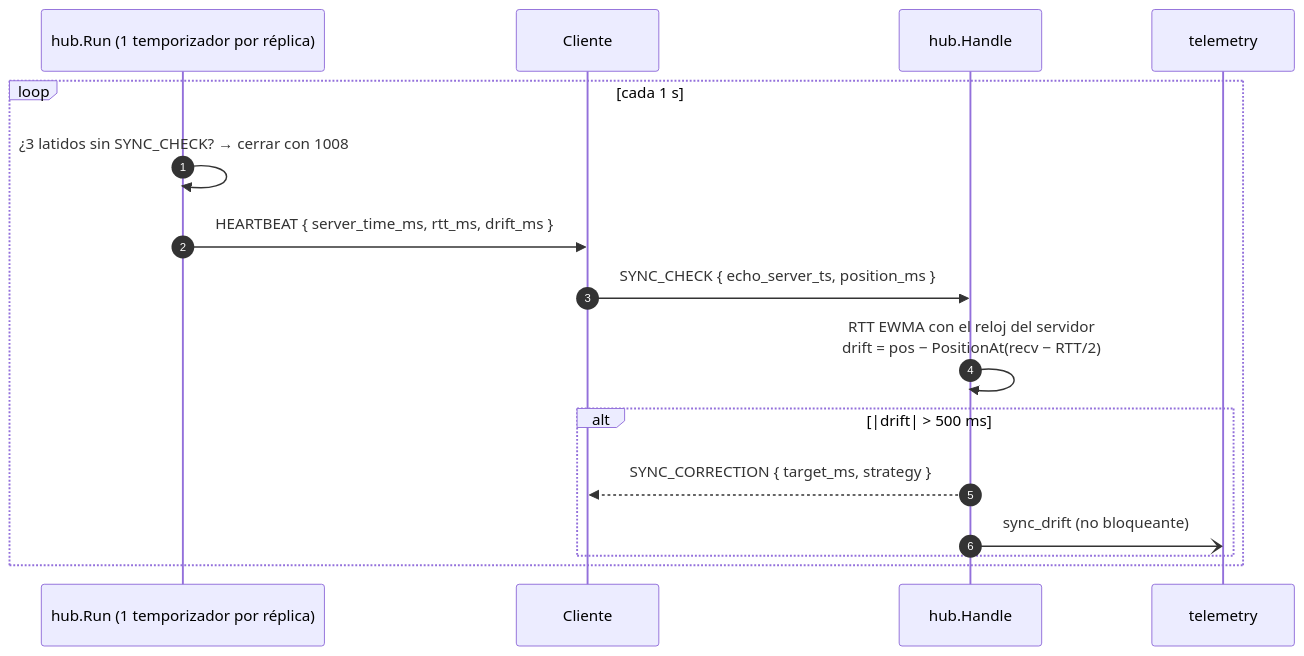
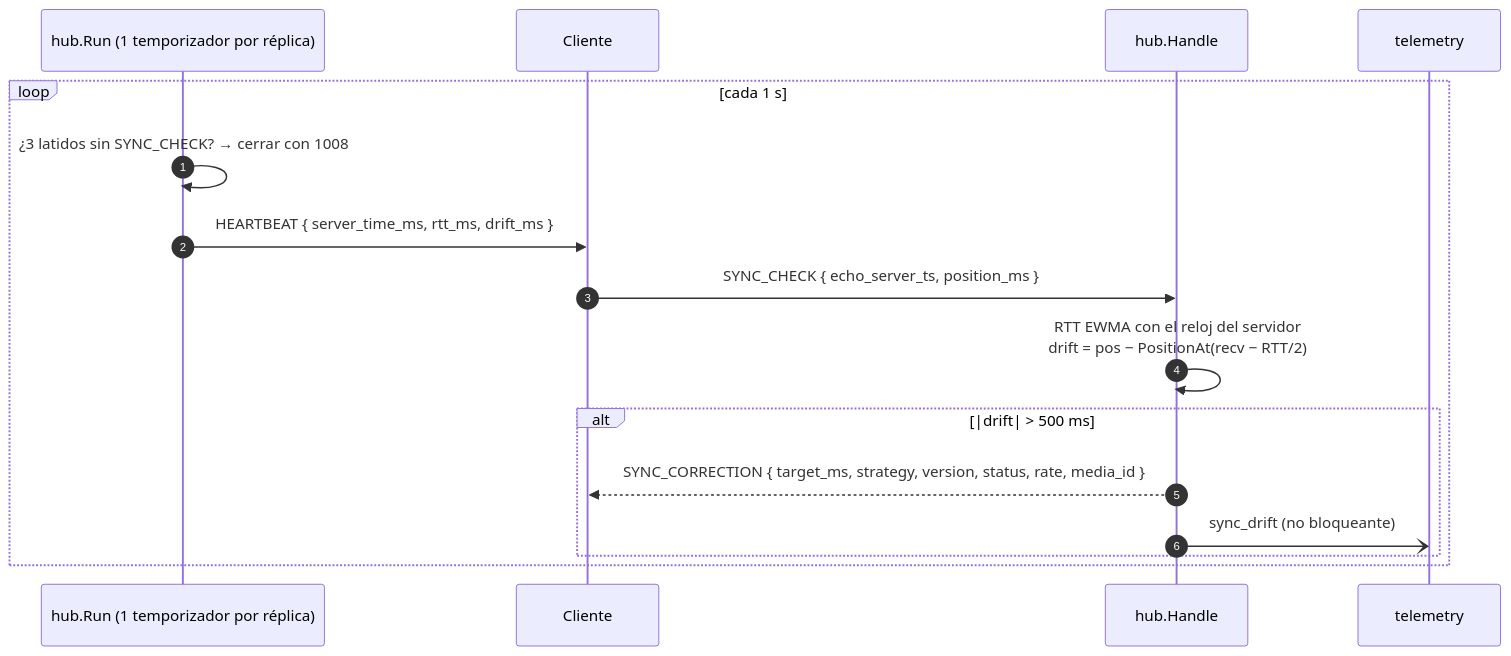
One commit to N1ghtlyC0de/TINT changed the seventh of 17 diagrams in docs/dominio-reproduccion.md. Above: the diagram before and after it, drawn with Mermaid. The commit also changed other lines of this file and 3 other files, not shown here.

First line of the commit message:
fix(sync-core): SYNC_CORRECTION incluye status, rate y media_id

````diff
--- a/docs/dominio-reproduccion.md
+++ b/docs/dominio-reproduccion.md
@@ -403,19 +403,19 @@
 ```mermaid
 sequenceDiagram
     autonumber
     participant L as hub.Run (1 temporizador por réplica)
     participant C as Cliente
     participant H as hub.Handle
     participant T as telemetry
 
     loop cada 1 s
         L->>L: ¿3 latidos sin SYNC_CHECK? → cerrar con 1008
         L->>C: HEARTBEAT { server_time_ms, rtt_ms, drift_ms }
         C->>H: SYNC_CHECK { echo_server_ts, position_ms }
         H->>H: RTT EWMA con el reloj del servidor<br/>drift = pos − PositionAt(recv − RTT/2)
         alt |drift| > 500 ms
-            H-->>C: SYNC_CORRECTION { target_ms, strategy }
+            H-->>C: SYNC_CORRECTION { target_ms, strategy, version, status, rate, media_id }
             H-)T: sync_drift (no bloqueante)
         end
     end
 ```
````
